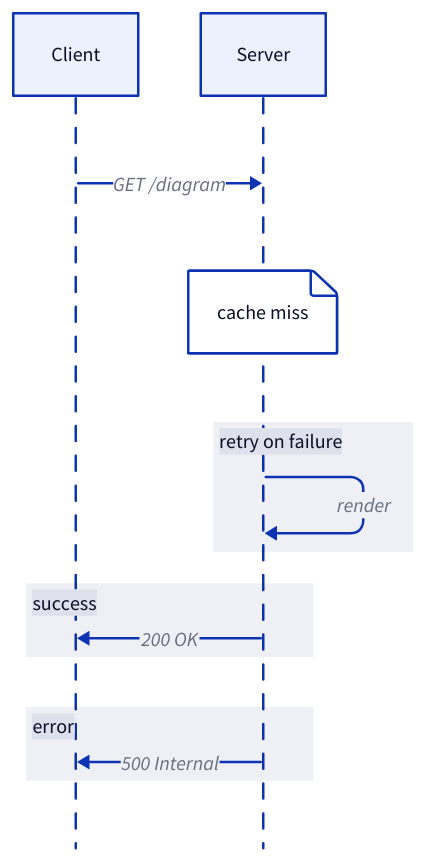
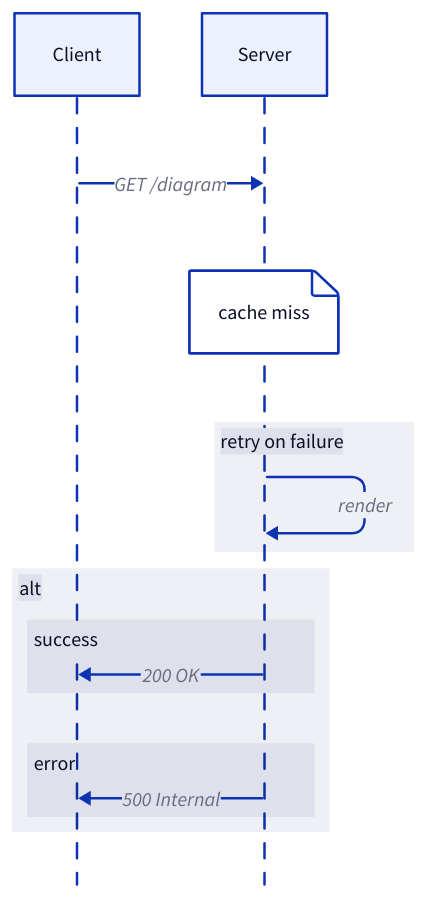
Before and after one commit to noamsto/mermaid2d2: the diagram in docs/examples/sequence.d2, drawn with D2. The commit also changed 4 other files, not shown here.

First line of the commit message:
fix: keep the alt/par frame when converting sequence branches (#64)

```diff
--- a/docs/examples/sequence.d2
+++ b/docs/examples/sequence.d2
@@ -1,17 +1,20 @@
 shape: sequence_diagram
 C: Client
 S: Server
 C -> S: GET /diagram
 S.note_1: cache miss
 loop_1: {
   label: retry on failure
   S -> S: render
 }
 alt_1: {
-  label: success
-  S -> C: 200 OK
+  label: alt
+  case_1: {
+    label: success
+    S -> C: 200 OK
+  }
+  case_2: {
+    label: error
+    S -> C: 500 Internal
+  }
 }
-alt_2: {
-  label: error
-  S -> C: 500 Internal
-}
```
